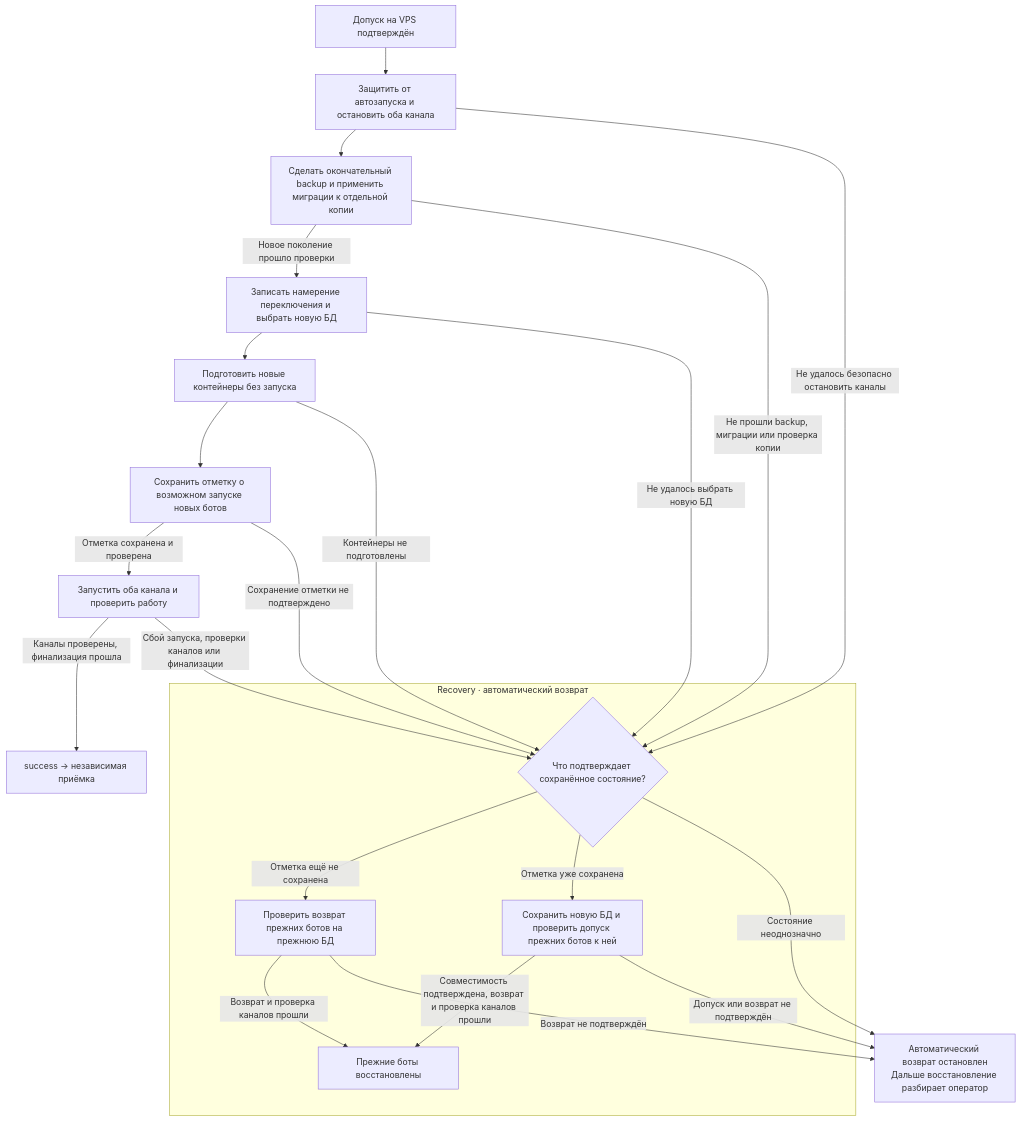
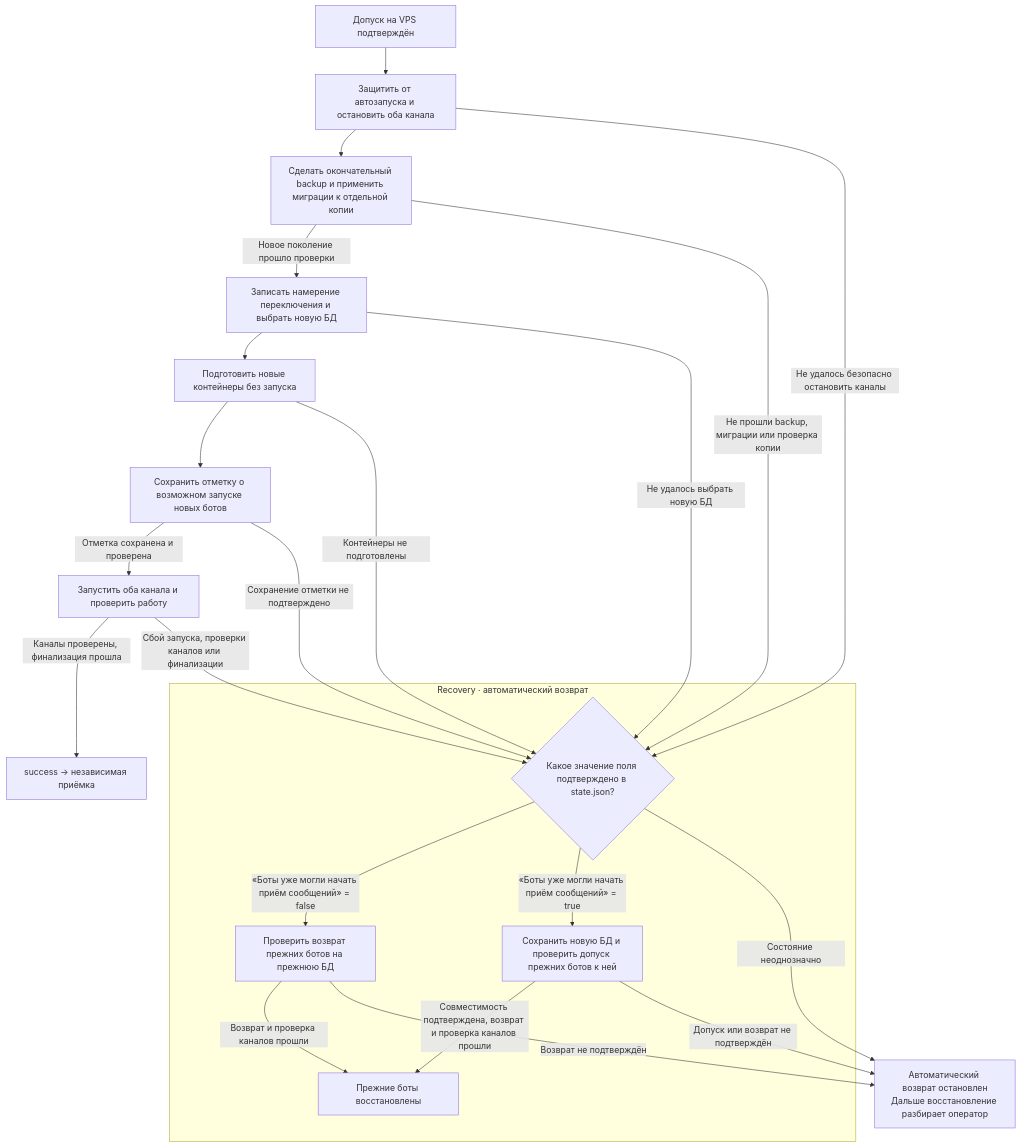
Before and after one commit to karateka-git/compadre-assistant: the fifth of 5 diagrams in docs/release-ci-admission/CI_AND_DEPLOY.md, drawn with Mermaid. The commit also changed other lines of this file, not shown here.

Commit message:
Уточнить условие возврата на схеме SQLite

````diff
--- a/docs/release-ci-admission/CI_AND_DEPLOY.md
+++ b/docs/release-ci-admission/CI_AND_DEPLOY.md
@@ -214,26 +214,26 @@
 ```mermaid
 flowchart TD
     READY["Допуск на VPS подтверждён"] --> STOP["Защитить от автозапуска и остановить оба канала"]
     STOP --> FINAL["Сделать окончательный backup и применить миграции к отдельной копии"]
     FINAL -->|Новое поколение прошло проверки| SELECT["Записать намерение переключения и выбрать новую БД"]
     SELECT --> PREP["Подготовить новые контейнеры без запуска"]
     PREP --> BOUNDARY["Сохранить отметку о возможном запуске новых ботов"]
     BOUNDARY -->|Отметка сохранена и проверена| START["Запустить оба канала и проверить работу"]
     START -->|Каналы проверены, финализация прошла| ACCEPT["success → независимая приёмка"]
     STOP -->|Не удалось безопасно остановить каналы| RECOVERY
     FINAL -->|Не прошли backup, миграции или проверка копии| RECOVERY
     SELECT -->|Не удалось выбрать новую БД| RECOVERY
     PREP -->|Контейнеры не подготовлены| RECOVERY
     BOUNDARY -->|Сохранение отметки не подтверждено| RECOVERY
     START -->|Сбой запуска, проверки каналов или финализации| RECOVERY
     subgraph AUTO["Recovery · автоматический возврат"]
-        RECOVERY{"Что подтверждает сохранённое состояние?"}
-        RECOVERY -->|Отметка ещё не сохранена| OLD["Проверить возврат прежних ботов на прежнюю БД"]
-        RECOVERY -->|Отметка уже сохранена| NEW["Сохранить новую БД и проверить допуск прежних ботов к ней"]
+        RECOVERY{"Какое значение поля подтверждено в state.json?"}
+        RECOVERY -->|«Боты уже могли начать приём сообщений» = false| OLD["Проверить возврат прежних ботов на прежнюю БД"]
+        RECOVERY -->|«Боты уже могли начать приём сообщений» = true| NEW["Сохранить новую БД и проверить допуск прежних ботов к ней"]
         OLD -->|Возврат и проверка каналов прошли| ROLLED["Прежние боты восстановлены"]
         NEW -->|Совместимость подтверждена, возврат и проверка каналов прошли| ROLLED
     end
     RECOVERY -->|Состояние неоднозначно| MANUAL["Автоматический возврат остановлен<br/>Дальше восстановление разбирает оператор"]
     OLD -->|Возврат не подтверждён| MANUAL
     NEW -->|Допуск или возврат не подтверждён| MANUAL
 ```
````
